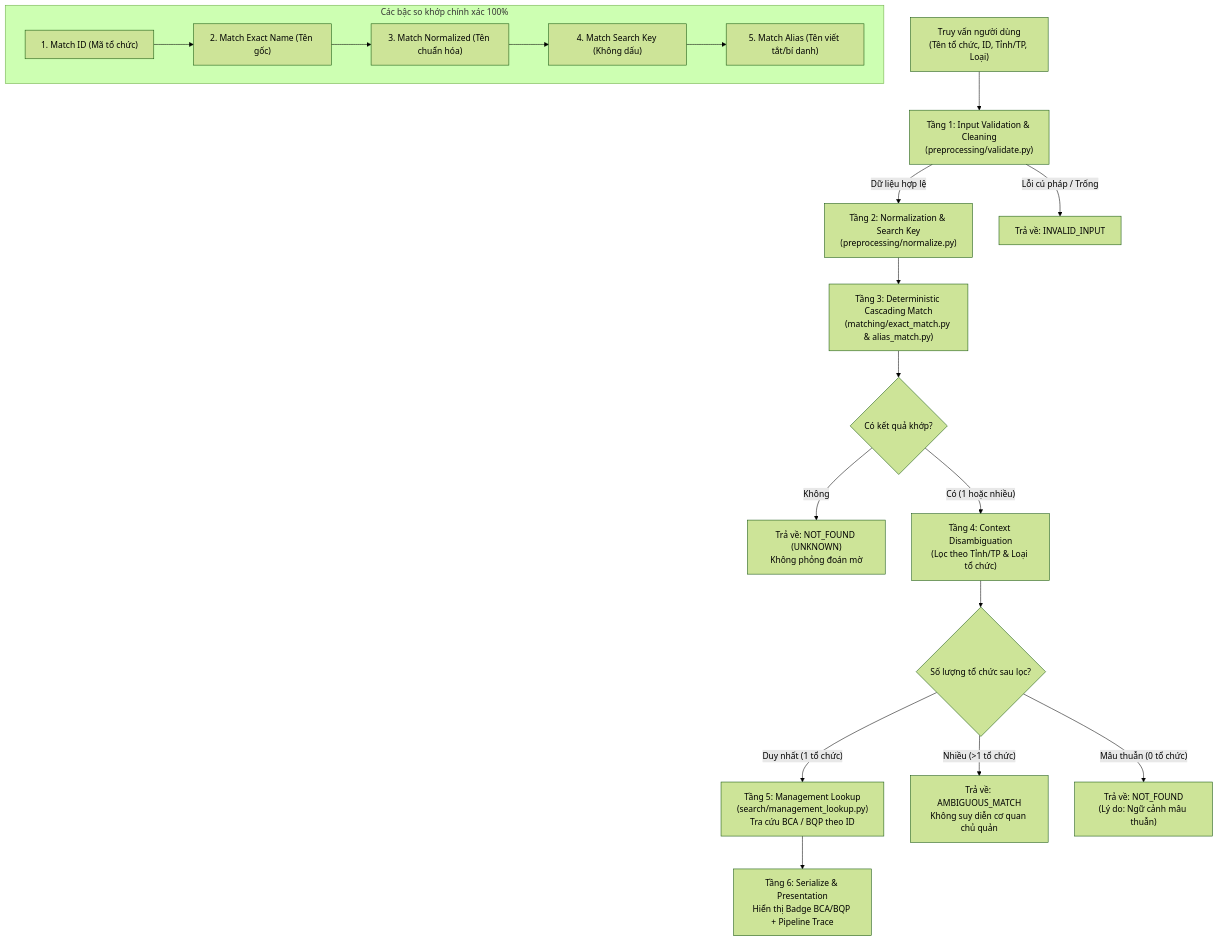
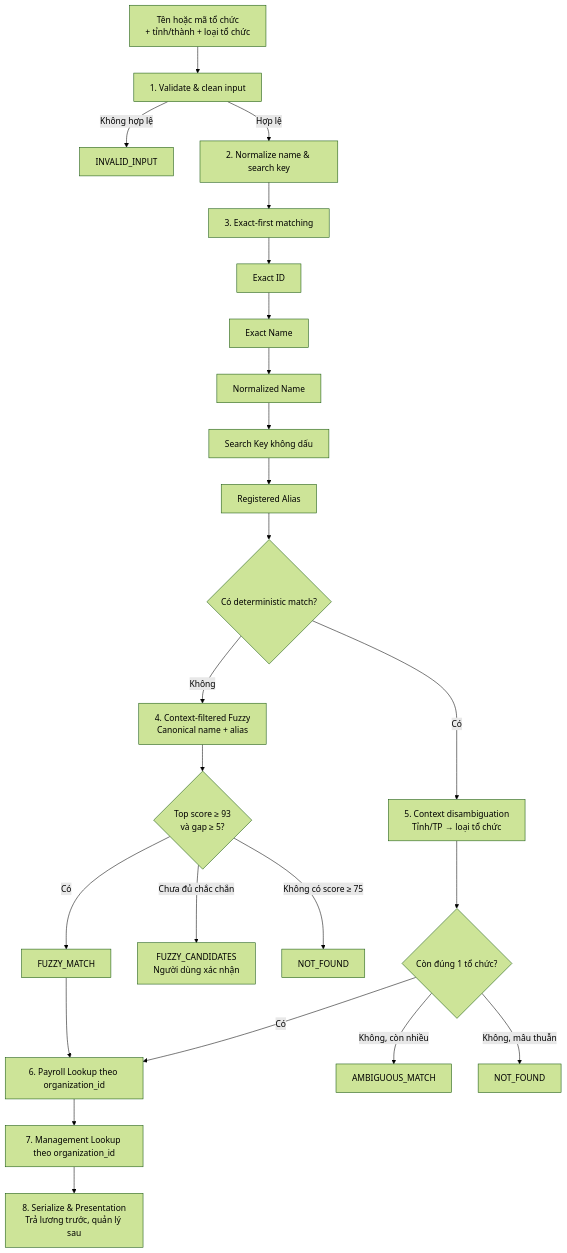
The diagram in README.md (zudoan/bca-bqp-unit-classifie), drawn with Mermaid (forest theme) before and after one commit. The commit also changed other lines of this file and 40 other files, not shown here.

Commit message:
Implement payroll-first matching and simplify project structure

````diff
--- a/README.md
+++ b/README.md
@@ -48,31 +32,29 @@
 ```mermaid
 flowchart TD
-    A["Truy vấn người dùng<br/>(Tên tổ chức, ID, Tỉnh/TP, Loại)"] --> B["Tầng 1: Input Validation & Cleaning<br/>(preprocessing/validate.py)"]
-    
-    B -- "Dữ liệu hợp lệ" --> C["Tầng 2: Normalization & Search Key<br/>(preprocessing/normalize.py)"]
-    B -- "Lỗi cú pháp / Trống" --> B1["Trả về: INVALID_INPUT"]
-    
-    C --> D["Tầng 3: Deterministic Cascading Match<br/>(matching/exact_match.py & alias_match.py)"]
-    
-    subgraph D_Steps ["Các bậc so khớp chính xác 100%"]
-        D1["1. Match ID (Mã tổ chức)"]
-        D2["2. Match Exact Name (Tên gốc)"]
-        D3["3. Match Normalized (Tên chuẩn hóa)"]
-        D4["4. Match Search Key (Không dấu)"]
-        D5["5. Match Alias (Tên viết tắt/bí danh)"]
-        D1 --> D2 --> D3 --> D4 --> D5
-    end
-    
-    D --> E{"Có kết quả khớp?"}
-    
-    E -- "Không" --> F["Trả về: NOT_FOUND (UNKNOWN)<br/>Không phỏng đoán mờ"]
-    
-    E -- "Có (1 hoặc nhiều)" --> G["Tầng 4: Context Disambiguation<br/>(Lọc theo Tỉnh/TP & Loại tổ chức)"]
-    
-    G --> H{"Số lượng tổ chức sau lọc?"}
-    H -- "Duy nhất (1 tổ chức)" --> I["Tầng 5: Management Lookup<br/>(search/management_lookup.py)<br/>Tra cứu BCA / BQP theo ID"]
-    H -- "Nhiều (>1 tổ chức)" --> J["Trả về: AMBIGUOUS_MATCH<br/>Không suy diễn cơ quan chủ quản"]
-    H -- "Mâu thuẫn (0 tổ chức)" --> K["Trả về: NOT_FOUND<br/>(Lý do: Ngữ cảnh mâu thuẫn)"]
-    
-    I --> L["Tầng 6: Serialize & Presentation<br/>Hiển thị Badge BCA/BQP + Pipeline Trace"]
+    A["Tên hoặc mã tổ chức<br/>+ tỉnh/thành + loại tổ chức"] --> B["1. Validate & clean input"]
+    B -- "Không hợp lệ" --> X["INVALID_INPUT"]
+    B -- "Hợp lệ" --> C["2. Normalize name & search key"]
+
+    C --> D["3. Exact-first matching"]
+    D --> D1["Exact ID"]
+    D1 --> D2["Exact Name"]
+    D2 --> D3["Normalized Name"]
+    D3 --> D4["Search Key không dấu"]
+    D4 --> D5["Registered Alias"]
+
+    D5 --> E{"Có deterministic match?"}
+    E -- "Không" --> F["4. Context-filtered Fuzzy<br/>Canonical name + alias"]
+    F --> F1{"Top score ≥ 93<br/>và gap ≥ 5?"}
+    F1 -- "Có" --> G["FUZZY_MATCH"]
+    F1 -- "Chưa đủ chắc chắn" --> Y["FUZZY_CANDIDATES<br/>Người dùng xác nhận"]
+    F1 -- "Không có score ≥ 75" --> Z["NOT_FOUND"]
+
+    E -- "Có" --> H["5. Context disambiguation<br/>Tỉnh/TP → loại tổ chức"]
+    G --> L
+    H --> I{"Còn đúng 1 tổ chức?"}
+    I -- "Không, còn nhiều" --> J["AMBIGUOUS_MATCH"]
+    I -- "Không, mâu thuẫn" --> K["NOT_FOUND"]
+    I -- "Có" --> L["6. Payroll Lookup theo organization_id"]
+    L --> M["7. Management Lookup theo organization_id"]
+    M --> N["8. Serialize & Presentation<br/>Trả lương trước, quản lý sau"]
 ```
````
